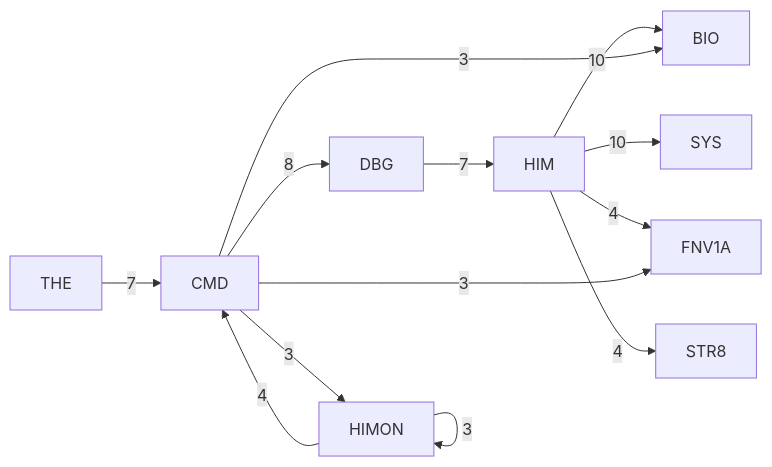
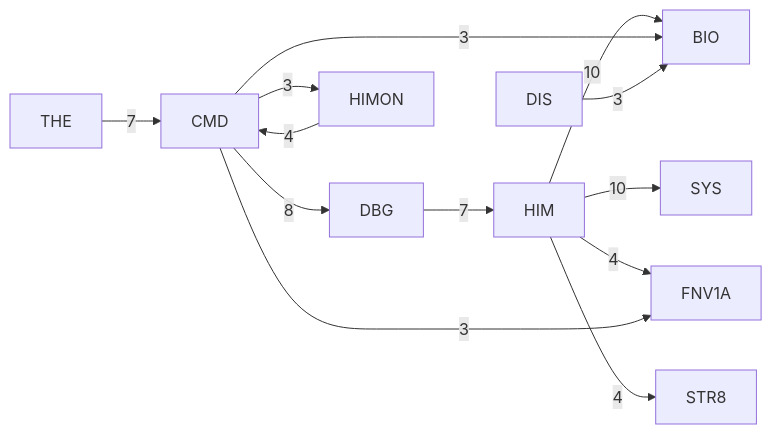
Before and after one commit to 95westus/R-YORS: the third of 7 diagrams in DOC/GENERATED/ROUTINE_CLASS_DIAGRAM.md, drawn with Mermaid. The commit also changed other lines of this file and 85 other files, not shown here.

````diff
--- a/DOC/GENERATED/ROUTINE_CLASS_DIAGRAM.md
+++ b/DOC/GENERATED/ROUTINE_CLASS_DIAGRAM.md
@@ -44,15 +44,15 @@
 ```mermaid
 flowchart LR
     P_HIM[HIM] -->|10| P_BIO[BIO]
     P_HIM[HIM] -->|10| P_SYS[SYS]
     P_CMD[CMD] -->|8| P_DBG[DBG]
     P_DBG[DBG] -->|7| P_HIM[HIM]
     P_THE[THE] -->|7| P_CMD[CMD]
     P_HIM[HIM] -->|4| P_FNV1A[FNV1A]
     P_HIM[HIM] -->|4| P_STR8[STR8]
     P_HIMON[HIMON] -->|4| P_CMD[CMD]
     P_CMD[CMD] -->|3| P_BIO[BIO]
     P_CMD[CMD] -->|3| P_FNV1A[FNV1A]
     P_CMD[CMD] -->|3| P_HIMON[HIMON]
-    P_HIMON[HIMON] -->|3| P_HIMON[HIMON]
+    P_DIS[DIS] -->|3| P_BIO[BIO]
 ```
````
